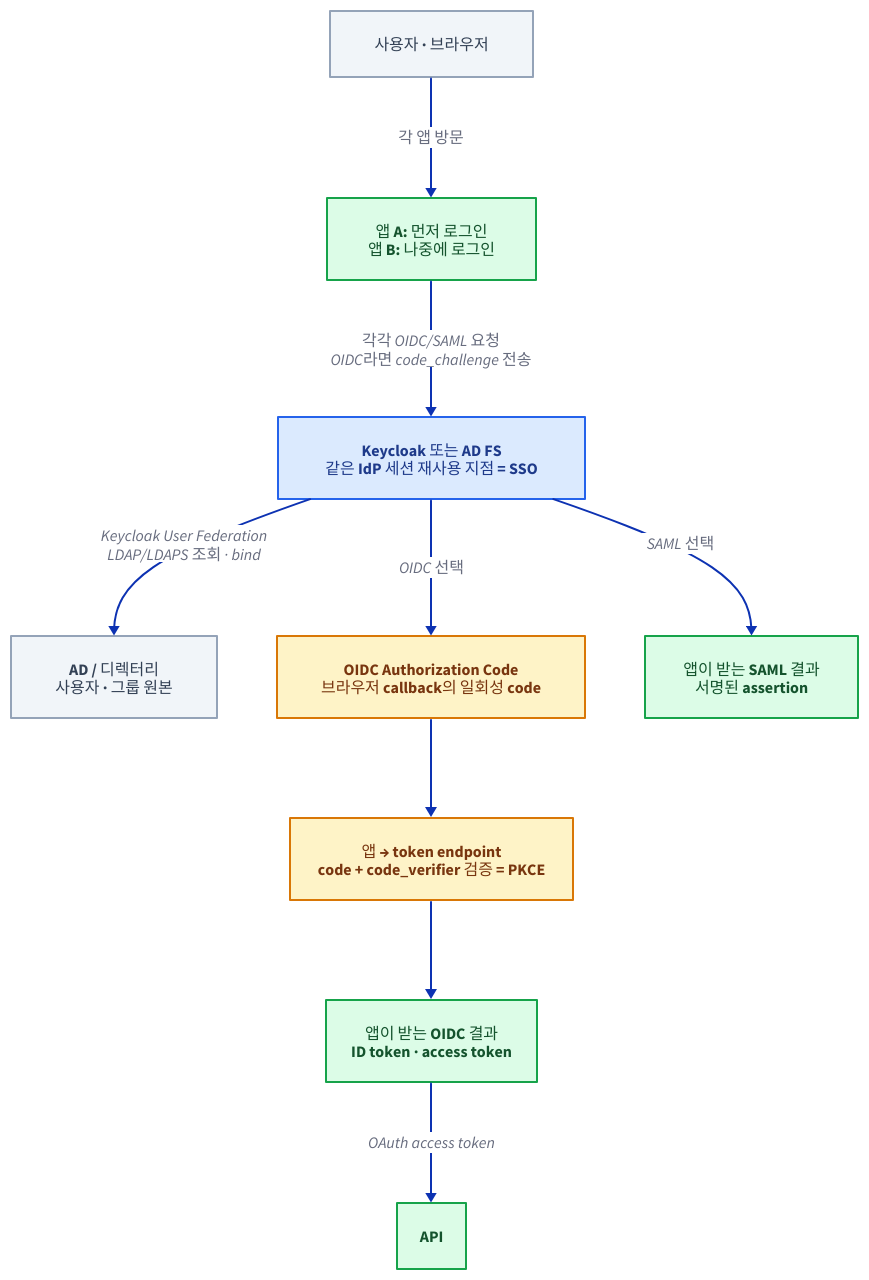
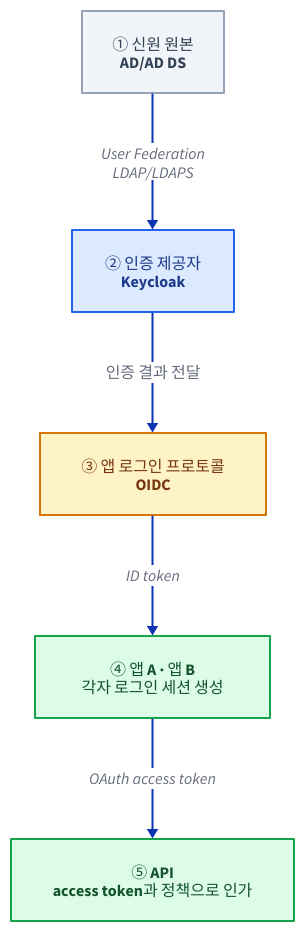
Before and after one commit to mechurak/study-starlight: the second of 2 diagrams in src/content/docs/keycloak/authentication-landscape.mdx, drawn with D2. The commit also changed other lines of this file, not shown here.

Commit message:
docs(keycloak): clarify authentication landscape

````diff
--- a/src/content/docs/keycloak/authentication-landscape.mdx
+++ b/src/content/docs/keycloak/authentication-landscape.mdx
@@ -52,32 +134,21 @@
-```d2 layout=elk pad=40 title="앱 A와 B가 같은 Keycloak 또는 AD FS 세션을 재사용하고 디렉터리·OIDC/SAML·OAuth API 경계로 이어지는 구조"
+```d2 layout=elk pad=40 title="AD DS에서 Keycloak과 OIDC를 거쳐 앱과 API 인가까지 이어지는 대표 경로"
 direction: down
 
 classes: {
   key: { style: { fill: "#dbeafe"; stroke: "#2563eb"; font-color: "#1e3a8a" } }
   ok: { style: { fill: "#dcfce7"; stroke: "#16a34a"; font-color: "#14532d" } }
   warn: { style: { fill: "#fef3c7"; stroke: "#d97706"; font-color: "#78350f" } }
   mute: { style: { fill: "#f1f5f9"; stroke: "#94a3b8"; font-color: "#334155" } }
 }
 
-browser: 사용자 · 브라우저 { class: mute }
-apps: "앱 A: 먼저 로그인\n앱 B: 나중에 로그인" { class: ok }
-idp: "Keycloak 또는 AD FS\n같은 IdP 세션 재사용 지점 = SSO" { class: key }
-directory: "AD / 디렉터리\n사용자 · 그룹 원본" { class: mute }
+source: "① 신원 원본\nAD/AD DS" { class: mute }
+idp: "② 인증 제공자\nKeycloak" { class: key }
+protocol: "③ 앱 로그인 프로토콜\nOIDC" { class: warn }
+apps: "④ 앱 A · 앱 B\n각자 로그인 세션 생성" { class: ok }
+api: "⑤ API\naccess token과 정책으로 인가" { class: ok }
 
-code: "OIDC Authorization Code\n브라우저 callback의 일회성 code" { class: warn }
-pkce: "앱 → token endpoint\ncode + code_verifier 검증 = PKCE" { class: warn }
-oidcapp: "앱이 받는 OIDC 결과\nID token · access token" { class: ok }
-samlapp: "앱이 받는 SAML 결과\n서명된 assertion" { class: ok }
-api: API { class: ok }
-
-browser -> apps: 각 앱 방문
-apps -> idp: "각각 OIDC/SAML 요청\nOIDC라면 code_challenge 전송"
-idp -> directory: "Keycloak User Federation\nLDAP/LDAPS 조회 · bind"
-
-idp -> code: OIDC 선택
-code -> pkce
-pkce -> oidcapp
-
-idp -> samlapp: SAML 선택
-oidcapp -> api: OAuth access token
+source -> idp: "User Federation\nLDAP/LDAPS"
+idp -> protocol: 인증 결과 전달
+protocol -> apps: ID token
+apps -> api: OAuth access token
 ```
````
